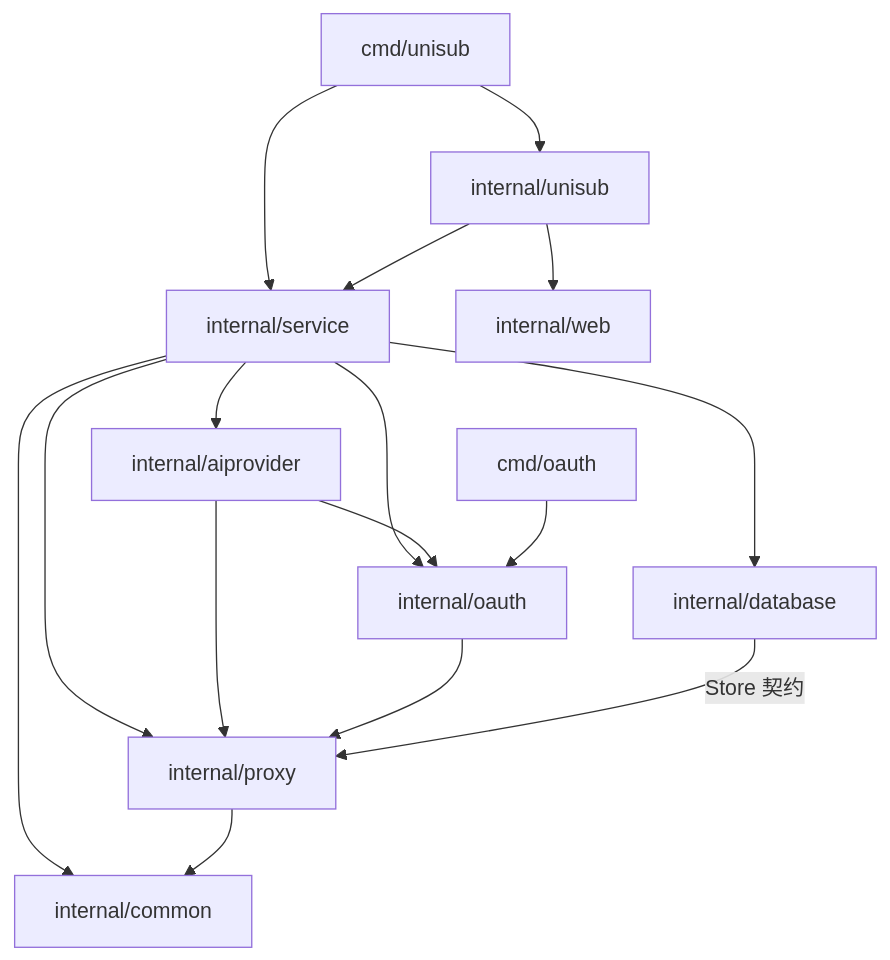
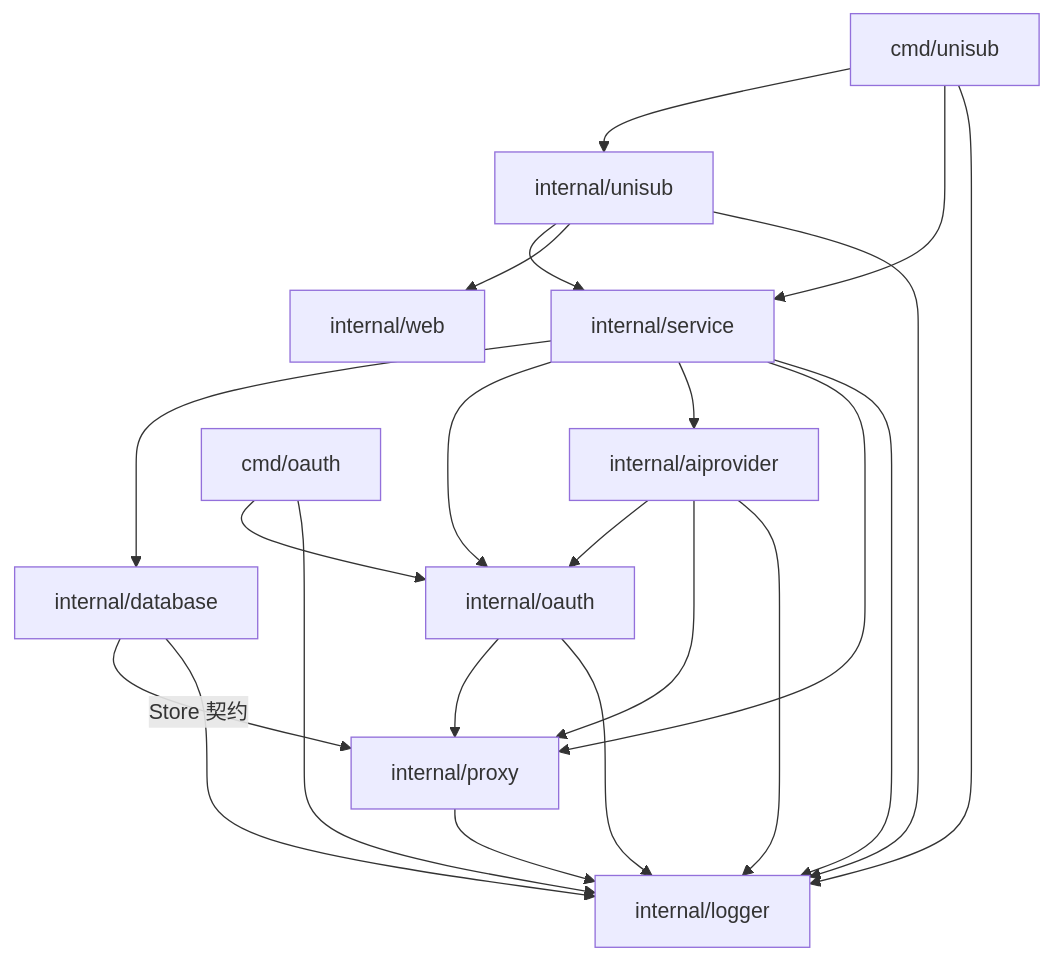
Before and after one commit to gamemake/ai-unisub: the diagram in docs/architecture.md, drawn with Mermaid. The commit also changed other lines of this file and 54 other files, not shown here.

````diff
--- a/docs/architecture.md
+++ b/docs/architecture.md
@@ -19,18 +19,24 @@
 ```mermaid
 flowchart TD
     Entry[cmd/unisub] --> App[internal/unisub]
     Entry --> Framework[internal/service]
     App --> Framework
     App --> Web[internal/web]
     Framework --> DB[internal/database]
     Framework --> OAuth[internal/oauth]
     Framework --> AI[internal/aiprovider]
     Framework --> Proxy[internal/proxy]
     AI --> OAuth
     AI --> Proxy
     OAuth --> Proxy
     DB -->|Store 契约| Proxy
-    Framework --> Common[internal/common]
-    Proxy --> Common
+    Entry --> Logger[internal/logger]
+    App --> Logger
+    Framework --> Logger
+    DB --> Logger
+    AI --> Logger
+    OAuth --> Logger
+    Proxy --> Logger
     CLI[cmd/oauth] --> OAuth
+    CLI --> Logger
 ```
````
